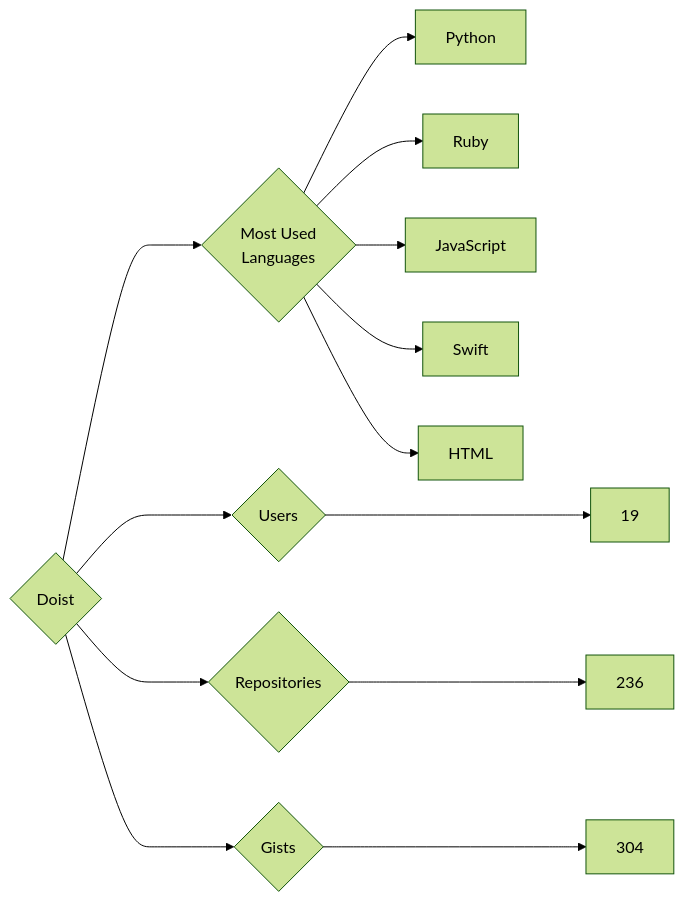
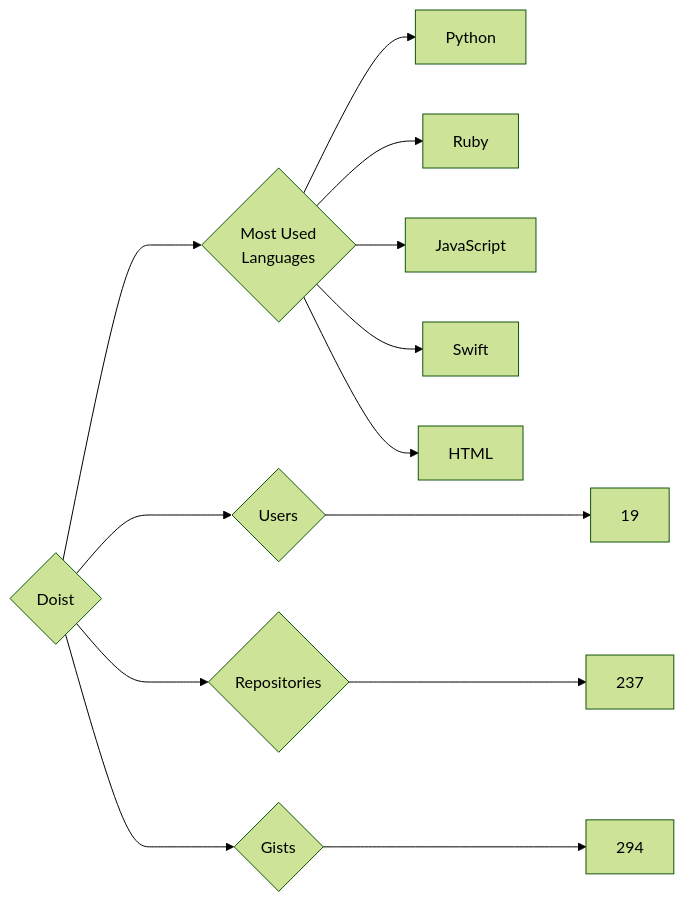
The diagram in targets/Doist/README.md (trickest/insiders), drawn with Mermaid (forest theme) before and after one commit. The commit also changed 847 other files, not shown here.

````diff
--- a/targets/Doist/README.md
+++ b/targets/Doist/README.md
@@ -3,13 +3,13 @@
 ```mermaid
 graph LR
 COMPANY_NAME{Doist}
 COMPANY_NAME ---> U{Users} ---> UN[19]
-COMPANY_NAME ---> R{Repositories} ---> RN[236]
-COMPANY_NAME ---> G{Gists} ---> GN[304]
+COMPANY_NAME ---> R{Repositories} ---> RN[237]
+COMPANY_NAME ---> G{Gists} ---> GN[294]
 COMPANY_NAME ---> ML{Most Used<br>Languages}
 ML --> Python[Python]
 ML --> Ruby[Ruby]
 ML --> JavaScript[JavaScript]
 ML --> Swift[Swift]
 ML --> HTML[HTML]
 ```
````
